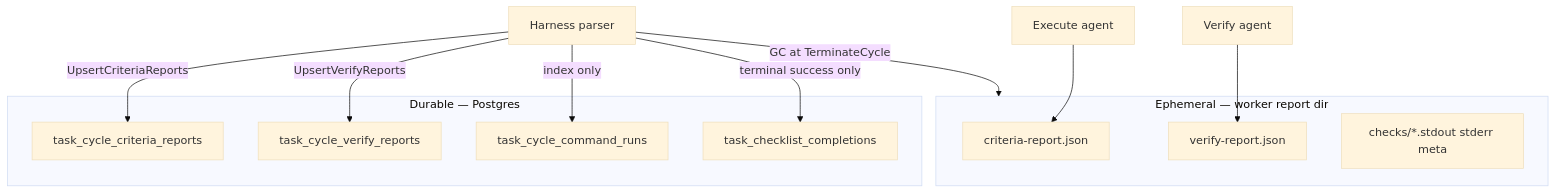
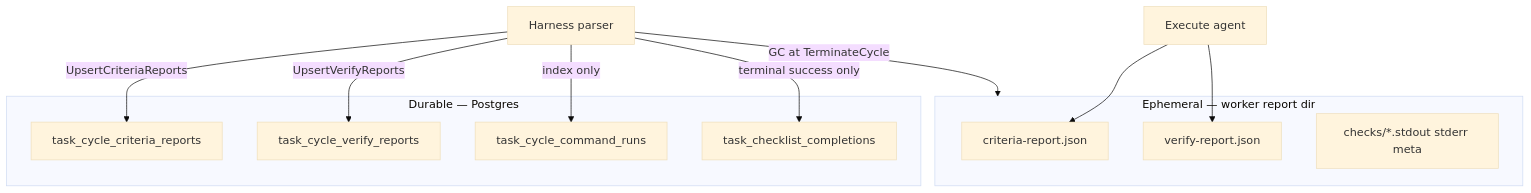
Before and after one commit to Hamix-Labs/project-management: the fourth of 5 diagrams in docs/domain/persistence.md, drawn with Mermaid (base theme). The commit also changed other lines of this file and 10 other files, not shown here.

````diff
--- a/docs/domain/persistence.md
+++ b/docs/domain/persistence.md
@@ -253,23 +253,23 @@
 ```mermaid
 flowchart TB
   subgraph ephemeral [Ephemeral — worker report dir]
     CR[criteria-report.json]
     VR[verify-report.json]
     CH[checks/*.stdout stderr meta]
   end
 
   subgraph durable [Durable — Postgres]
     TCR[task_cycle_criteria_reports]
     TVR[task_cycle_verify_reports]
     TCC[task_cycle_command_runs]
     TCL[task_checklist_completions]
   end
 
   EA[Execute agent] --> CR
-  VA[Verify agent] --> VR
+  EA --> VR
   WH[Harness parser] -->|UpsertCriteriaReports| TCR
   WH -->|UpsertVerifyReports| TVR
   WH -->|index only| TCC
   WH -->|terminal success only| TCL
   WH -->|GC at TerminateCycle| ephemeral
 ```
````
